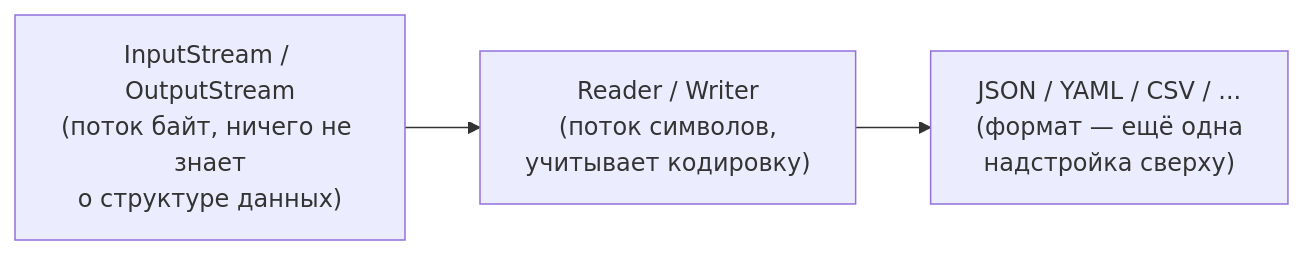
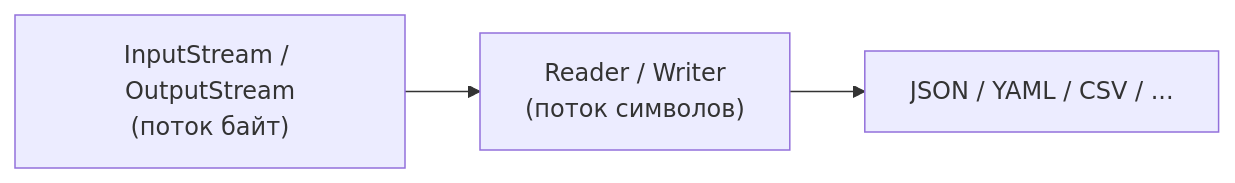
The diagram in basic/docs/seminars/seminar7/Форматы данных и файловый ввод-вывод.md (ArthurAipov/market-pulse-innopolis), drawn with Mermaid before and after one commit. The commit also changed other lines of this file and 1 other file, not shown here.

First line of the commit message:
docs(seminar7): таблицы/диаграммы вместо прозы в материалах для показа на занятии

````diff
--- a/basic/docs/seminars/seminar7/Форматы данных и файловый ввод-вывод.md
+++ b/basic/docs/seminars/seminar7/Форматы данных и файловый ввод-вывод.md
@@ -14,7 +7,7 @@
 ```mermaid
 flowchart LR
-    Bytes["InputStream / OutputStream<br/>(поток байт, ничего не знает<br/>о структуре данных)"]
-    Chars["Reader / Writer<br/>(поток символов,<br/>учитывает кодировку)"]
-    Format["JSON / YAML / CSV / ...<br/>(формат — ещё одна<br/>надстройка сверху)"]
+    Bytes["InputStream / OutputStream<br/>(поток байт)"]
+    Chars["Reader / Writer<br/>(поток символов)"]
+    Format["JSON / YAML / CSV / ..."]
     Bytes --> Chars --> Format
 ```
````
